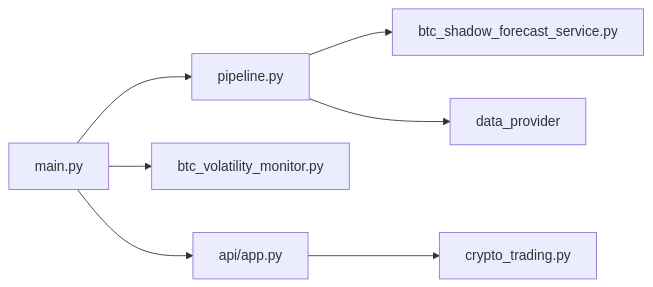
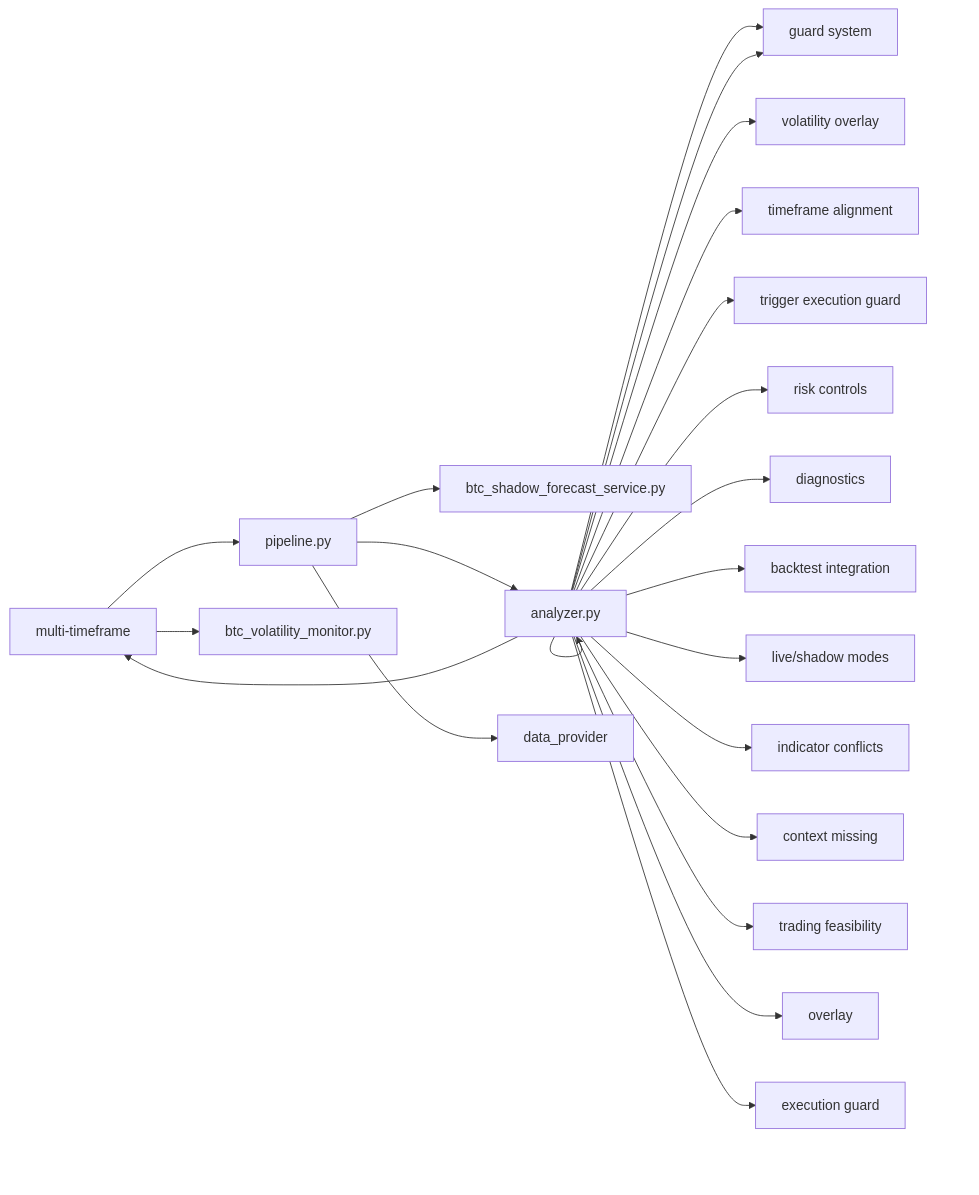
Before and after one commit to anYaoooo/daily_stock_analysis: the seventh of 7 diagrams in .qoder/repowiki/zh/content/数据源集成/加密货币数据源/BTC影子预测服务.md, drawn with Mermaid. The commit also changed other lines of this file and 140 other files, not shown here.

````diff
--- a/.qoder/repowiki/zh/content/数据源集成/加密货币数据源/BTC影子预测服务.md
+++ b/.qoder/repowiki/zh/content/数据源集成/加密货币数据源/BTC影子预测服务.md
@@ -267,9 +321,24 @@
 ```mermaid
 graph LR
 M["main.py"] --> P["pipeline.py"]
 M --> V["btc_volatility_monitor.py"]
 P --> S["btc_shadow_forecast_service.py"]
+P --> A["analyzer.py"]
 P --> DF["data_provider"]
-A["api/app.py"] --> T["crypto_trading.py"]
-M --> A
+A --> G["guard system"]
+A --> VO["volatility overlay"]
+A --> TA["timeframe alignment"]
+A --> TE["trigger execution guard"]
+A["analyzer.py"] --> R["risk controls"]
+A["analyzer.py"] --> D["diagnostics"]
+A["analyzer.py"] --> B["backtest integration"]
+A["analyzer.py"] --> L["live/shadow modes"]
+A["analyzer.py"] --> I["indicator conflicts"]
+A["analyzer.py"] --> C["context missing"]
+A["analyzer.py"] --> M["multi-timeframe"]
+A["analyzer.py"] --> T["trading feasibility"]
+A["analyzer.py"] --> G["guard system"]
+A["analyzer.py"] --> O["overlay"]
+A["analyzer.py"] --> A["alignment"]
+A["analyzer.py"] --> E["execution guard"]
 ```
````
